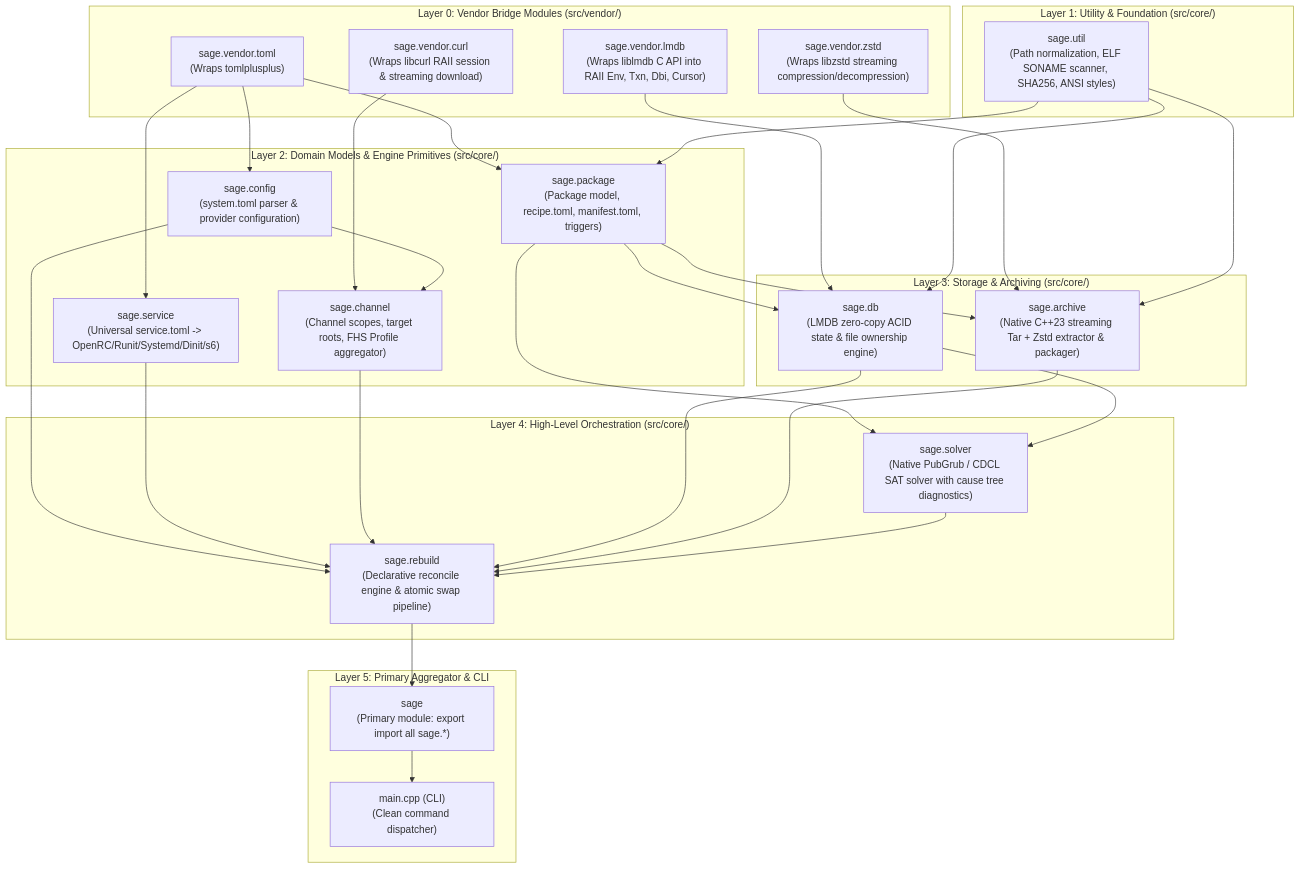
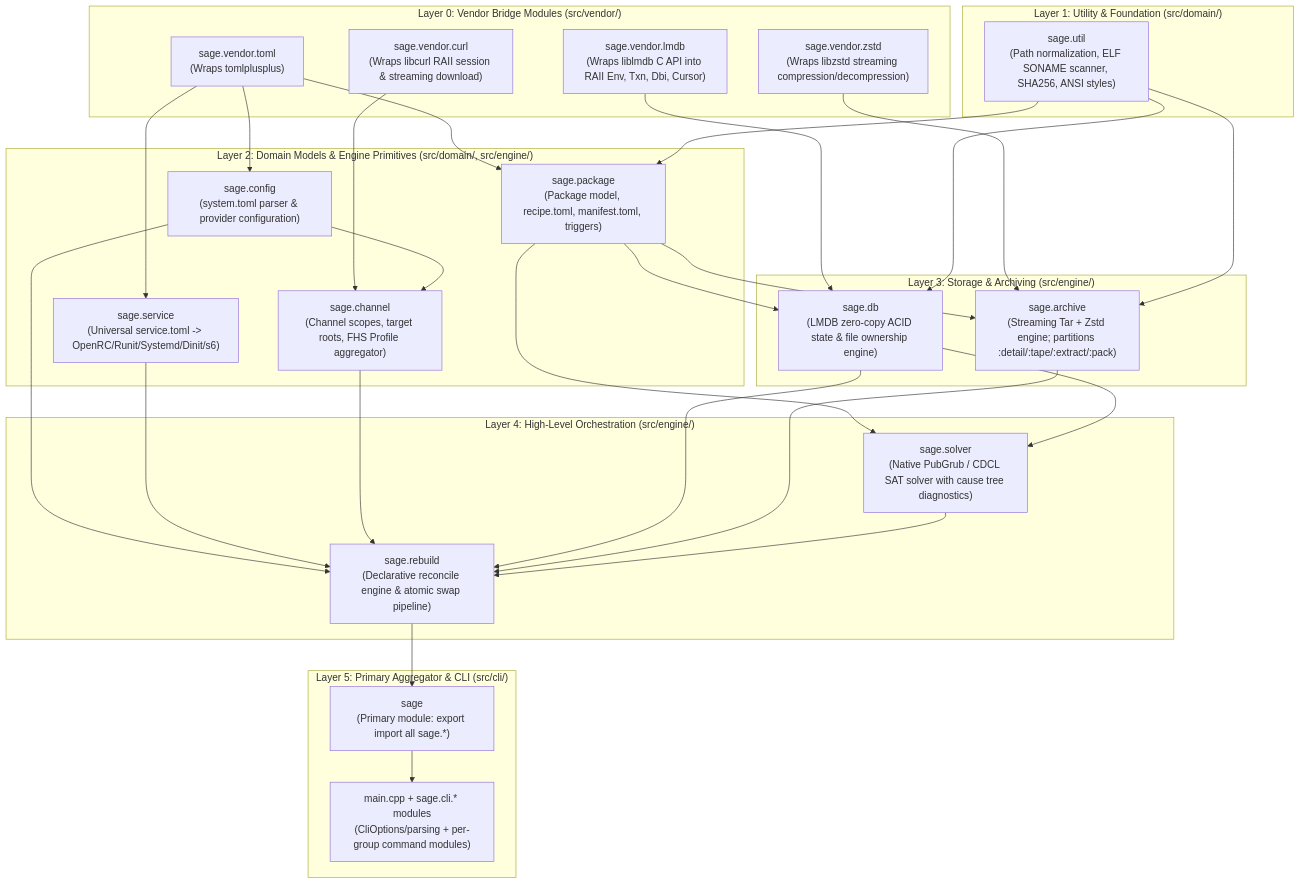
Before and after one commit to antinomie1/sage: the diagram in docs/MODULES.md, drawn with Mermaid. The commit also changed 27 other files, not shown here.

First line of the commit message:
refactor: layer src into domain/engine/cli modules and split monoliths

````diff
--- a/docs/MODULES.md
+++ b/docs/MODULES.md
@@ -9,58 +9,58 @@
 ```mermaid
 graph TD
     subgraph Layer0["Layer 0: Vendor Bridge Modules (src/vendor/)"]
         LMDB["sage.vendor.lmdb<br/>(Wraps liblmdb C API into RAII Env, Txn, Dbi, Cursor)"]
         ZSTD["sage.vendor.zstd<br/>(Wraps libzstd streaming compression/decompression)"]
         TOML["sage.vendor.toml<br/>(Wraps tomlplusplus)"]
         CURL["sage.vendor.curl<br/>(Wraps libcurl RAII session & streaming download)"]
     end
 
-    subgraph Layer1["Layer 1: Utility & Foundation (src/core/)"]
+    subgraph Layer1["Layer 1: Utility & Foundation (src/domain/)"]
         UTIL["sage.util<br/>(Path normalization, ELF SONAME scanner, SHA256, ANSI styles)"]
     end
 
-    subgraph Layer2["Layer 2: Domain Models & Engine Primitives (src/core/)"]
+    subgraph Layer2["Layer 2: Domain Models & Engine Primitives (src/domain/, src/engine/)"]
         CONFIG["sage.config<br/>(system.toml parser & provider configuration)"]
         PKG["sage.package<br/>(Package model, recipe.toml, manifest.toml, triggers)"]
         SVC["sage.service<br/>(Universal service.toml -> OpenRC/Runit/Systemd/Dinit/s6)"]
         CHAN["sage.channel<br/>(Channel scopes, target roots, FHS Profile aggregator)"]
     end
 
-    subgraph Layer3["Layer 3: Storage & Archiving (src/core/)"]
+    subgraph Layer3["Layer 3: Storage & Archiving (src/engine/)"]
         DB["sage.db<br/>(LMDB zero-copy ACID state & file ownership engine)"]
-        ARCH["sage.archive<br/>(Native C++23 streaming Tar + Zstd extractor & packager)"]
+        ARCH["sage.archive<br/>(Streaming Tar + Zstd engine; partitions :detail/:tape/:extract/:pack)"]
     end
 
-    subgraph Layer4["Layer 4: High-Level Orchestration (src/core/)"]
+    subgraph Layer4["Layer 4: High-Level Orchestration (src/engine/)"]
         SOLVER["sage.solver<br/>(Native PubGrub / CDCL SAT solver with cause tree diagnostics)"]
         REBUILD["sage.rebuild<br/>(Declarative reconcile engine & atomic swap pipeline)"]
     end
 
-    subgraph Layer5["Layer 5: Primary Aggregator & CLI"]
+    subgraph Layer5["Layer 5: Primary Aggregator & CLI (src/cli/)"]
         ROOT["sage<br/>(Primary module: export import all sage.*)"]
-        CLI["main.cpp (CLI)<br/>(Clean command dispatcher)"]
+        CLI["main.cpp + sage.cli.* modules<br/>(CliOptions/parsing + per-group command modules)"]
     end
 
     LMDB --> DB
     ZSTD --> ARCH
     TOML --> CONFIG
     TOML --> PKG
     TOML --> SVC
     CURL --> CHAN
     UTIL --> PKG
     UTIL --> ARCH
     UTIL --> DB
     PKG --> DB
     PKG --> ARCH
     PKG --> SOLVER
     CONFIG --> CHAN
     CONFIG --> REBUILD
     SVC --> REBUILD
     CHAN --> REBUILD
     DB --> SOLVER
     DB --> REBUILD
     ARCH --> REBUILD
     SOLVER --> REBUILD
     REBUILD --> ROOT
     ROOT --> CLI
 ```
````
